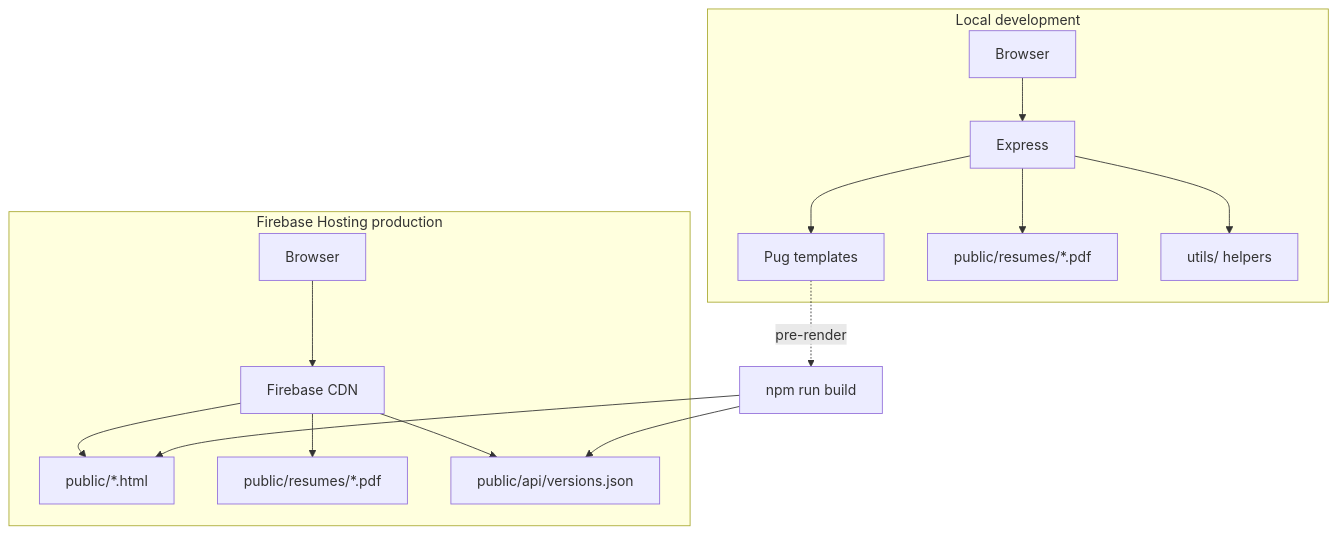
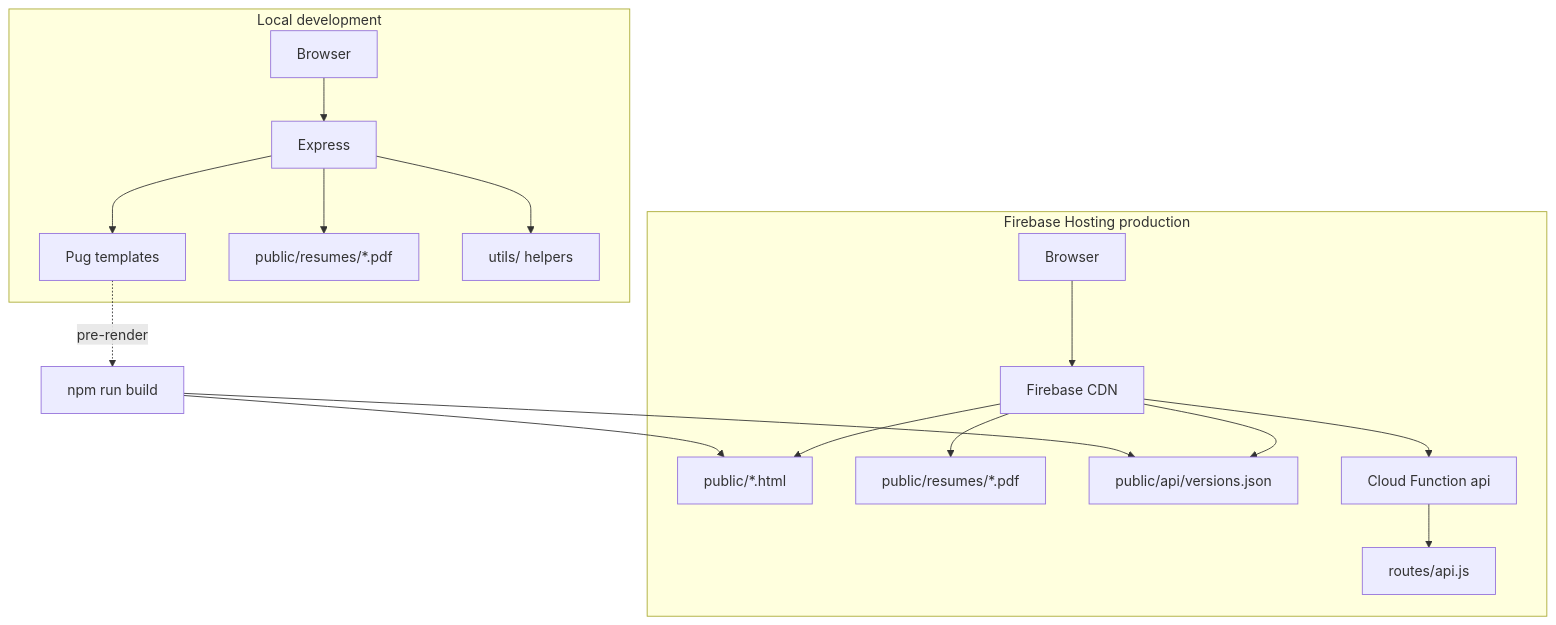
Before and after one commit to benmed00/Online-PDF-CV: the diagram in docs/how-it-works.md, drawn with Mermaid. The commit also changed other lines of this file and 19 other files, not shown here.

````diff
--- a/docs/how-it-works.md
+++ b/docs/how-it-works.md
@@ -9,20 +9,22 @@
 ```mermaid
 flowchart TB
   subgraph dev [Local development]
     Browser --> Express
     Express --> Pug[Pug templates]
     Express --> PDF[public/resumes/*.pdf]
     Express --> Utils[utils/ helpers]
   end
 
   subgraph prod [Firebase Hosting production]
     Browser2[Browser] --> Firebase[Firebase CDN]
     Firebase --> StaticHTML[public/*.html]
     Firebase --> StaticPDF[public/resumes/*.pdf]
     Firebase --> APIJson[public/api/versions.json]
+    Firebase --> CloudFn[Cloud Function api]
+    CloudFn --> ApiRoutes[routes/api.js]
   end
 
   Build[npm run build] --> StaticHTML
   Build --> APIJson
   Pug -. pre-render .-> Build
 ```
````
